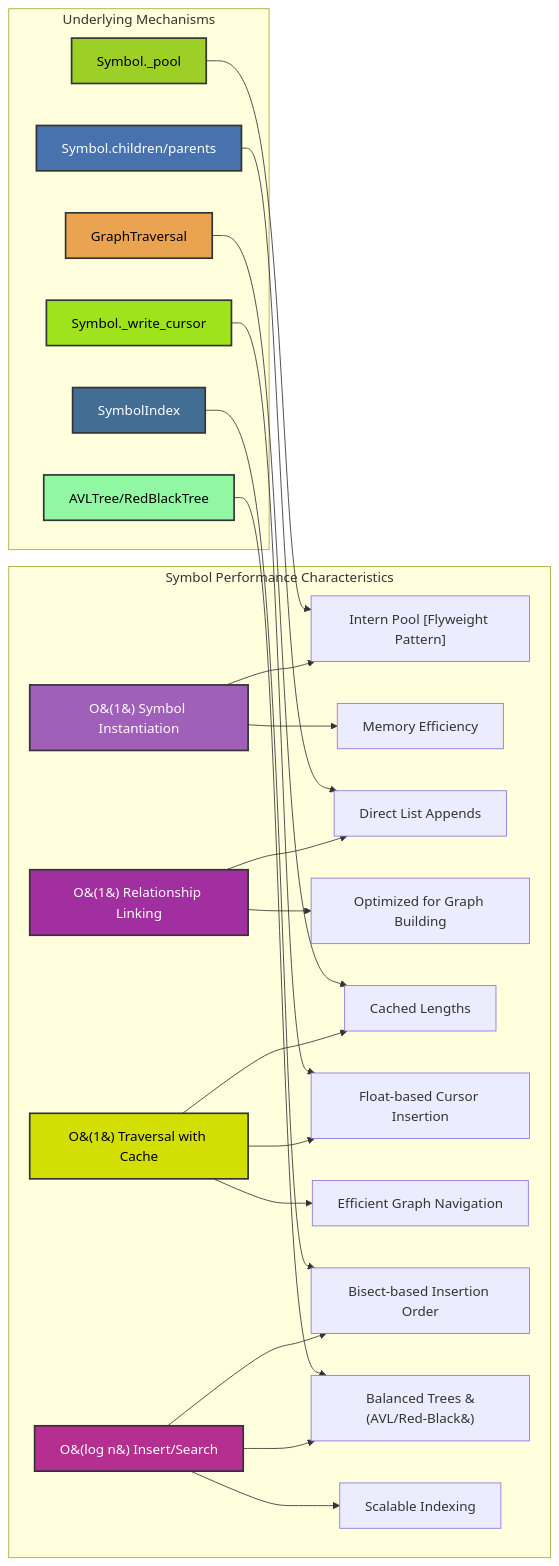
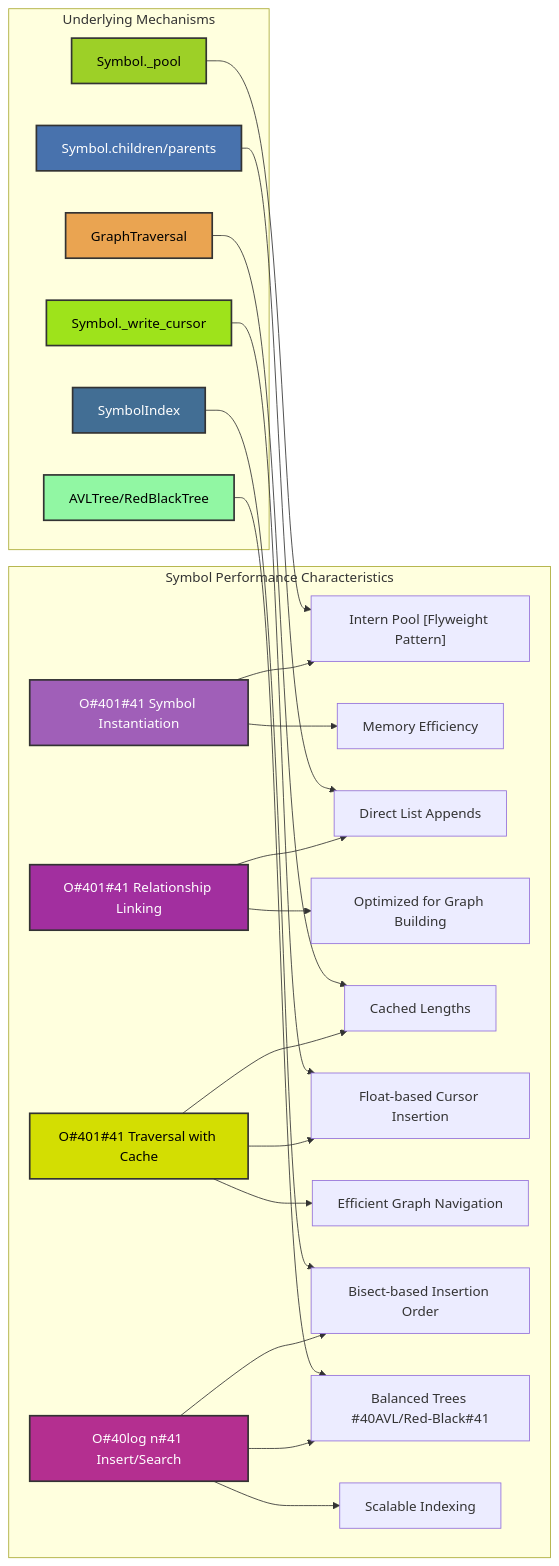
Before and after one commit to ikko/sym: the diagram in docs/readme_details/9_performance/performance_overview.mmd, drawn with Mermaid. The commit also changed 38 other files, not shown here.

Commit message:
mermaids maybe fixed

```diff
--- a/docs/readme_details/9_performance/performance_overview.mmd
+++ b/docs/readme_details/9_performance/performance_overview.mmd
@@ -1,37 +1,37 @@
 graph LR
     subgraph "Symbol Performance Characteristics"
-        A["O&#40;1&#41; Symbol Instantiation"] --> B["Intern Pool [Flyweight Pattern]"];
+        A["O#401#41 Symbol Instantiation"] --> B["Intern Pool [Flyweight Pattern]"];
         A --> C["Memory Efficiency"];
 
-        D["O&#40;1&#41; Relationship Linking"] --> E["Direct List Appends"];
+        D["O#401#41 Relationship Linking"] --> E["Direct List Appends"];
         D --> F["Optimized for Graph Building"];
 
-        G["O&#40;1&#41; Traversal with Cache"] --> H["Cached Lengths"];
+        G["O#401#41 Traversal with Cache"] --> H["Cached Lengths"];
         G --> I["Float-based Cursor Insertion"];
         G --> J["Efficient Graph Navigation"];
 
-        K["O&#40;log n&#41; Insert/Search"] --> L["Bisect-based Insertion Order"];
-        K --> M["Balanced Trees &#40;AVL/Red-Black&#41;"];
+        K["O#40log n#41 Insert/Search"] --> L["Bisect-based Insertion Order"];
+        K --> M["Balanced Trees #40AVL/Red-Black#41"];
         K --> N["Scalable Indexing"];
     end
 
     subgraph "Underlying Mechanisms"
         O["Symbol._pool"] --> B;
         P["Symbol.children/parents"] --> E;
         Q["GraphTraversal"] --> H;
         R["Symbol._write_cursor"] --> I;
         S["SymbolIndex"] --> L;
         T["AVLTree/RedBlackTree"] --> M;
     end
     style T fill:#91f7a3,stroke:#333,stroke-width:2px,color:#000000;
 
     style A fill:#a05fb8,stroke:#333,stroke-width:2px,color:#FFFFFF;
     style D fill:#a22f9f,stroke:#333,stroke-width:2px,color:#FFFFFF;
     style G fill:#d3de02,stroke:#333,stroke-width:2px,color:#000000;
     style K fill:#b42f90,stroke:#333,stroke-width:2px,color:#FFFFFF;
     style O fill:#9dd027,stroke:#333,stroke-width:2px,color:#000000;
     style P fill:#4872ad,stroke:#333,stroke-width:2px,color:#FFFFFF;
     style Q fill:#eaa451,stroke:#333,stroke-width:2px,color:#000000;
     style R fill:#9ee31b,stroke:#333,stroke-width:2px,color:#000000;
     style S fill:#426e94,stroke:#333,stroke-width:2px,color:#FFFFFF;
     style T fill:#91f7a3,stroke:#333,stroke-width:2px,color:#000000;
```
